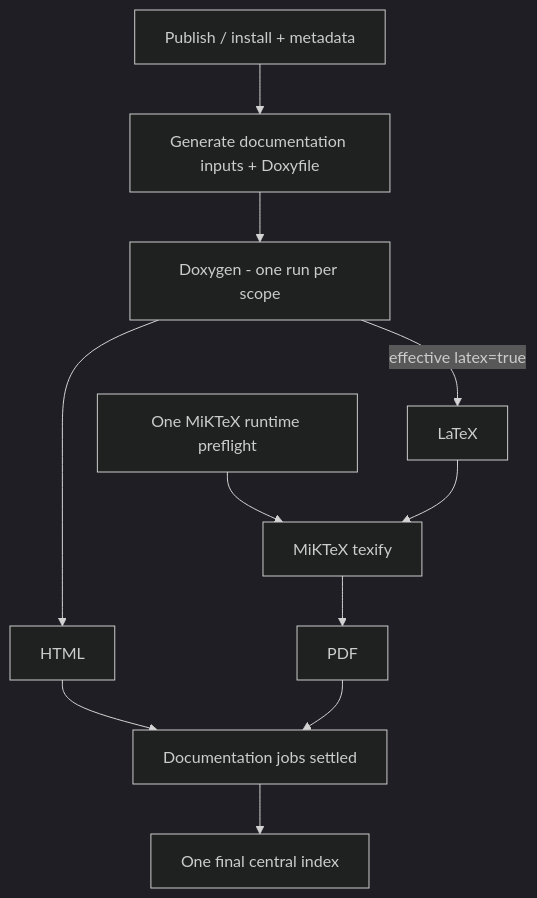
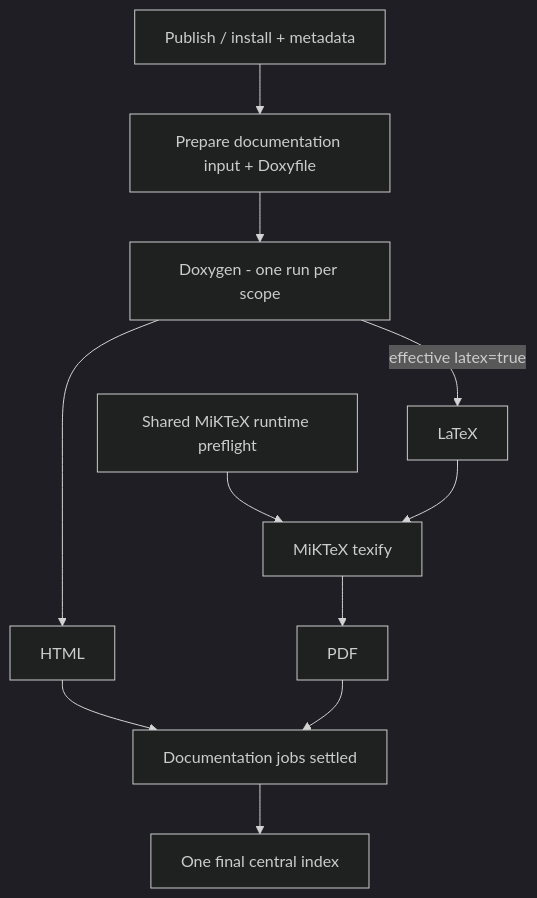
The seventh of 8 diagrams in admin/server-docs/buildengine.md (adeccscholar/BuildEngine-Admin), drawn with Mermaid (dark theme) before and after one commit. The commit also changed other lines of this file, not shown here.

Commit message:
Document Common-led extension and artifact architecture

````diff
--- a/admin/server-docs/buildengine.md
+++ b/admin/server-docs/buildengine.md
@@ -196,13 +212,13 @@
 ```mermaid
 flowchart TD
-   U[Publish / install + metadata] --> G[Generate documentation inputs + Doxyfile]
+   U[Publish / install + metadata] --> G[Prepare documentation input + Doxyfile]
    G --> D[Doxygen - one run per scope]
    D --> H[HTML]
    D -->|effective latex=true| L[LaTeX]
-   R[One MiKTeX runtime preflight] --> M[MiKTeX texify]
+   R[Shared MiKTeX runtime preflight] --> M[MiKTeX texify]
    L --> M
    M --> P[PDF]
    H --> S[Documentation jobs settled]
    P --> S
    S --> I[One final central index]
 ```
````
